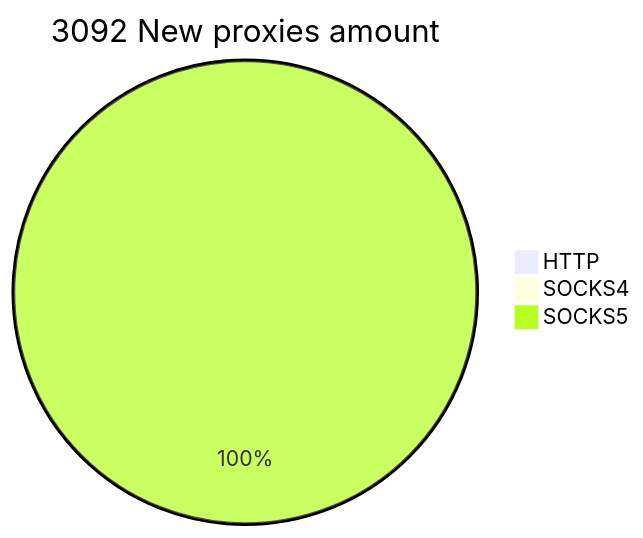
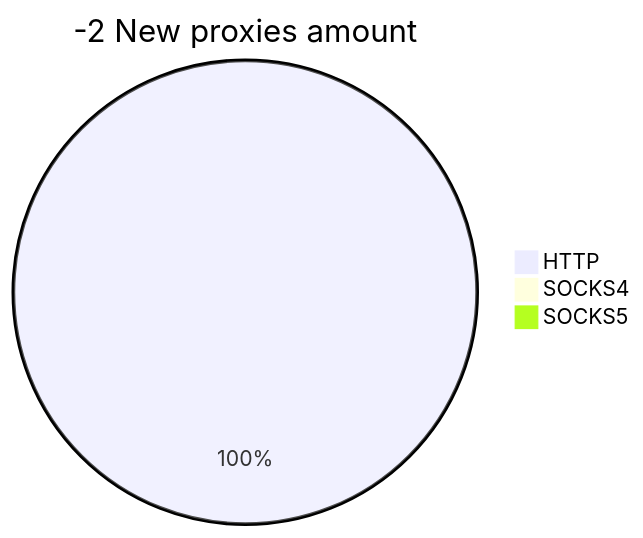
Before and after one commit to cutipu/proxylist: the second of 2 diagrams in README.md, drawn with Mermaid. The commit also changed other lines of this file, not shown here.

````diff
--- a/README.md
+++ b/README.md
@@ -10,6 +10,6 @@
 ```mermaid
-pie title 3092 New proxies amount
-    "HTTP" : 0
+pie title -2 New proxies amount
+    "HTTP" : 1
     "SOCKS4" : 0
-    "SOCKS5" : 3092
+    "SOCKS5" : 0
 ```
````
